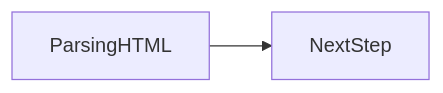
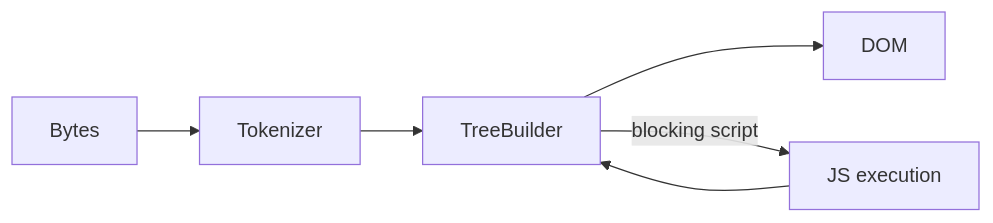
One commit to OmidJavaherii/Frontend-Engineering-Handbook changed the second of 2 diagrams in docs/en/03-browser/parsing-html/index.md. Above: the diagram before and after it, drawn with Mermaid. The commit also changed other lines of this file and 461 other files, not shown here.

````diff
--- a/docs/en/03-browser/parsing-html/index.md
+++ b/docs/en/03-browser/parsing-html/index.md
@@ -96,4 +109,6 @@
 ```mermaid
 flowchart LR
-  concept[ParsingHTML] --> nextStep[NextStep]
+  Bytes --> Tokenizer --> TreeBuilder --> DOM
+  TreeBuilder -->|blocking script| JS[JS execution]
+  JS --> TreeBuilder
 ```
````
